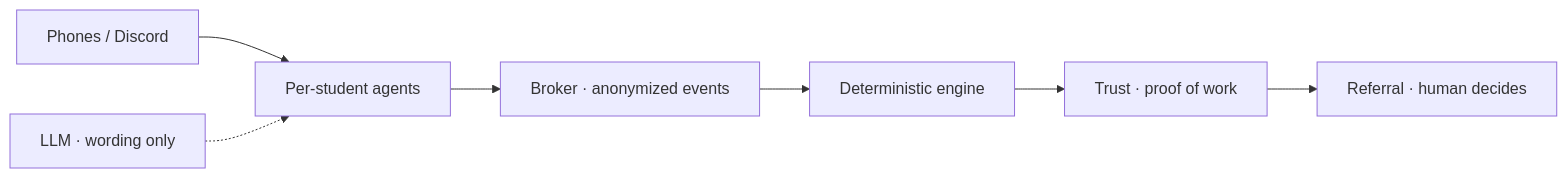
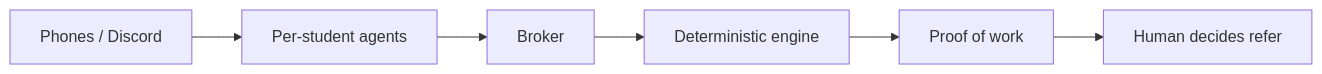
One commit to sgupt354/hirearchy-agents changed the diagram in README.md. Above: the diagram before and after it, drawn with Mermaid. The commit also changed other lines of this file, not shown here.

````diff
--- a/README.md
+++ b/README.md
@@ -61,9 +63,8 @@
 ```mermaid
 flowchart LR
   Phones["Phones / Discord"] --> Agents["Per-student agents"]
-  Agents --> Broker["Broker · anonymized events"]
+  Agents --> Broker["Broker"]
   Broker --> Engine["Deterministic engine"]
-  Engine --> Trust["Trust · proof of work"]
-  Trust --> Referral["Referral · human decides"]
-  LLM["LLM · wording only"] -.-> Agents
+  Engine --> Trust["Proof of work"]
+  Trust --> Referral["Human decides refer"]
 ```
````
